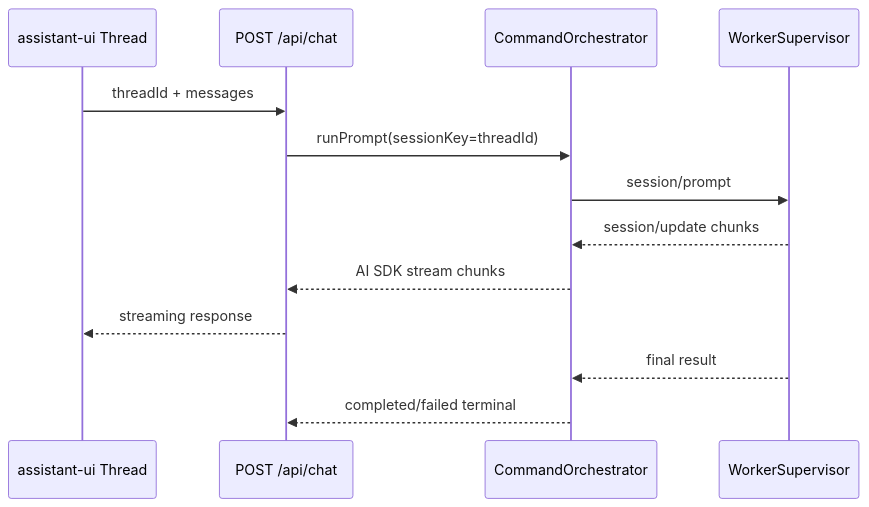
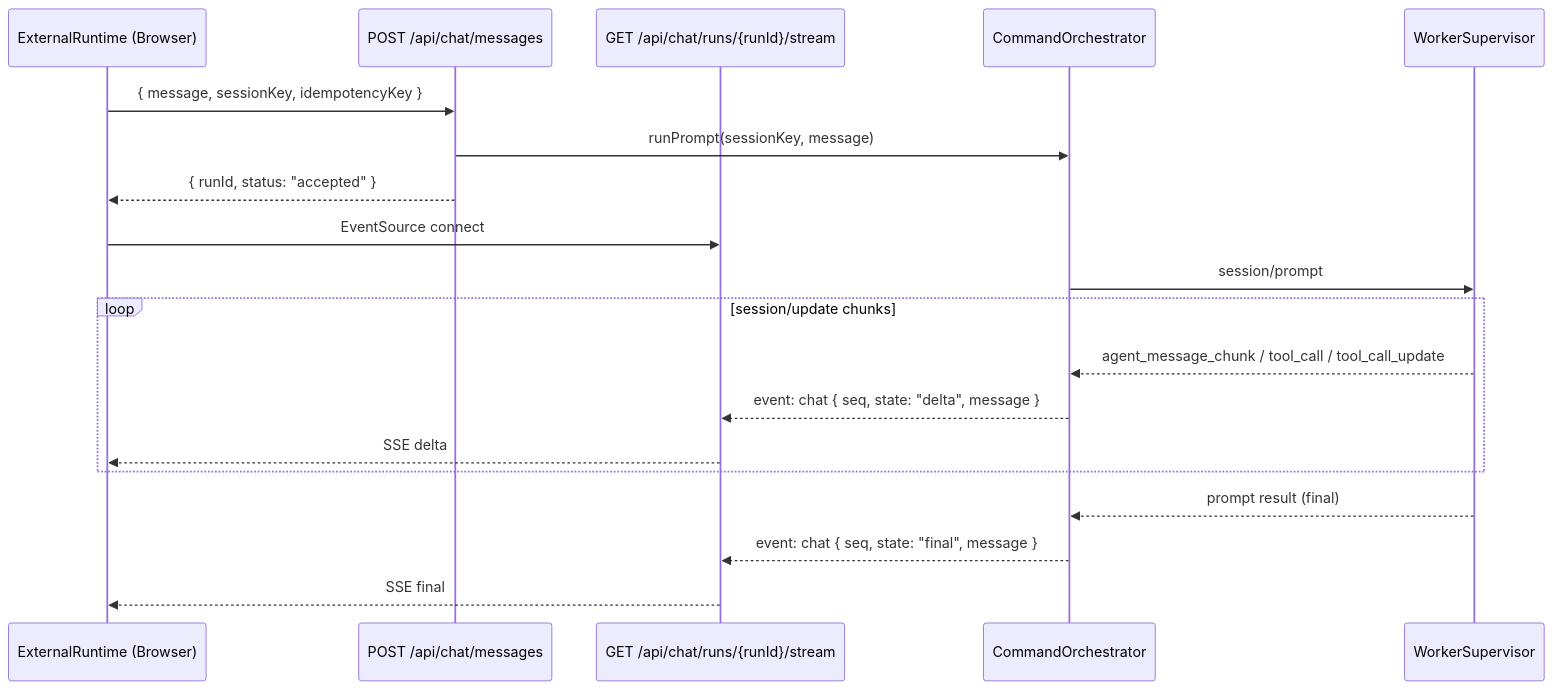
One commit to masahide/adjutant changed the second of 2 diagrams in doc/plan/260301-s02-assistant-ui-thread-chat-migration.md. Above: the diagram before and after it, drawn with Mermaid. The commit also changed other lines of this file and 2 other files, not shown here.

First line of the commit message:
chore: @assistant-ui/react-ai-sdkを削除

````diff
--- a/doc/plan/260301-s02-assistant-ui-thread-chat-migration.md
+++ b/doc/plan/260301-s02-assistant-ui-thread-chat-migration.md
@@ -291,16 +489,25 @@
 ```mermaid
 sequenceDiagram
-  participant UI as assistant-ui Thread
-  participant API as POST /api/chat
+  participant UI as ExternalRuntime (Browser)
+  participant POST as POST /api/chat/messages
+  participant SSE as GET /api/chat/runs/{runId}/stream
   participant ORCH as CommandOrchestrator
   participant ACP as WorkerSupervisor
 
-  UI->>API: threadId + messages
-  API->>ORCH: runPrompt(sessionKey=threadId)
+  UI->>POST: { message, sessionKey, idempotencyKey }
+  POST->>ORCH: runPrompt(sessionKey, message)
+  POST-->>UI: { runId, status: "accepted" }
+
+  UI->>SSE: EventSource connect
   ORCH->>ACP: session/prompt
-  ACP-->>ORCH: session/update chunks
-  ORCH-->>API: AI SDK stream chunks
-  API-->>UI: streaming response
-  ACP-->>ORCH: final result
-  ORCH-->>API: completed/failed terminal
+
+  loop session/update chunks
+    ACP-->>ORCH: agent_message_chunk / tool_call / tool_call_update
+    ORCH-->>SSE: event: chat { seq, state: "delta", message }
+    SSE-->>UI: SSE delta
+  end
+
+  ACP-->>ORCH: prompt result (final)
+  ORCH-->>SSE: event: chat { seq, state: "final", message }
+  SSE-->>UI: SSE final
 ```
````
